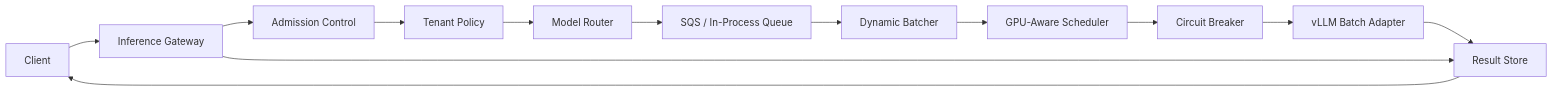
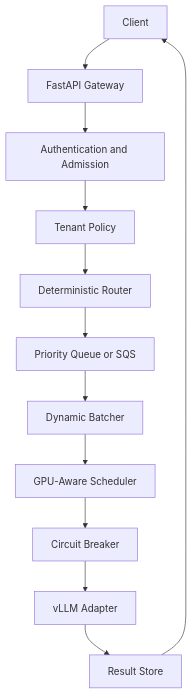
One commit to JonCunninghamDev/ai-inference-project changed the first of 2 diagrams in README.md. Above: the diagram before and after it, drawn with Mermaid. The commit also changed other lines of this file and 1 other file, not shown here.

````diff
--- a/README.md
+++ b/README.md
@@ -29,15 +43,14 @@
 ```mermaid
-graph LR
-    C[Client] --> G[Inference Gateway]
-    G --> AC[Admission Control]
-    AC --> TP[Tenant Policy]
-    TP --> R[Model Router]
-    R --> Q[SQS / In-Process Queue]
+flowchart TD
+    C[Client] --> G[FastAPI Gateway]
+    G --> A[Authentication and Admission]
+    A --> T[Tenant Policy]
+    T --> R[Deterministic Router]
+    R --> Q[Priority Queue or SQS]
     Q --> B[Dynamic Batcher]
     B --> S[GPU-Aware Scheduler]
     S --> CB[Circuit Breaker]
-    CB --> V[vLLM Batch Adapter]
+    CB --> V[vLLM Adapter]
     V --> RS[Result Store]
-    G --> RS
     RS --> C
 ```
````
